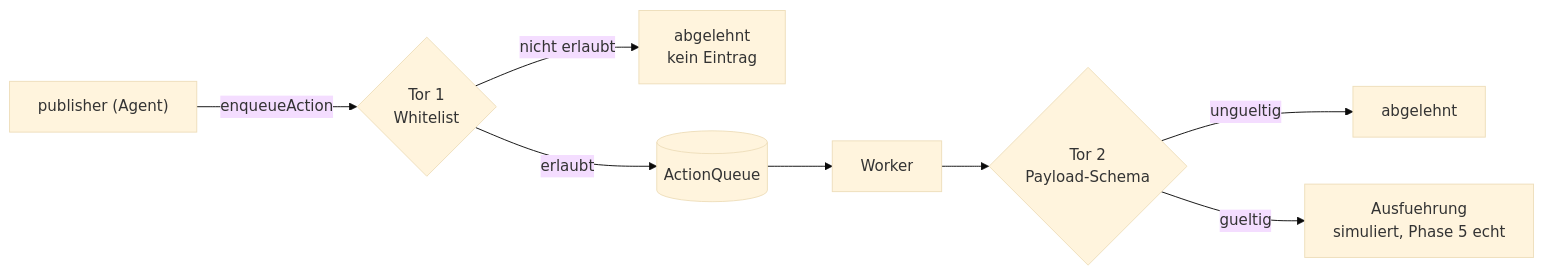
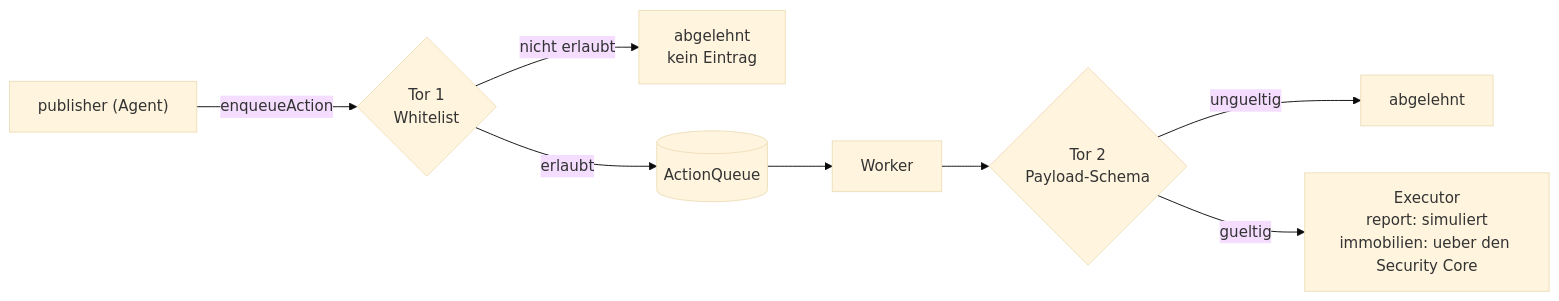
The diagram in docs/security-model.md (cakmakg/agentic-starter), drawn with Mermaid (base theme) before and after one commit. The commit also changed other lines of this file and 10 other files, not shown here.

First line of the commit message:
feat(kern): Teil 4c — PUBLISH_LISTING über die Queue an den Security Core

````diff
--- a/docs/security-model.md
+++ b/docs/security-model.md
@@ -109,10 +109,10 @@
 ```mermaid
 flowchart LR
   AG["publisher (Agent)"] -->|enqueueAction| T1{"Tor 1<br/>Whitelist"}
   T1 -->|"nicht erlaubt"| RJ1["abgelehnt<br/>kein Eintrag"]
   T1 -->|erlaubt| Q[("ActionQueue")]
   Q --> WK["Worker"]
   WK --> T2{"Tor 2<br/>Payload-Schema"}
   T2 -->|ungueltig| RJ2["abgelehnt"]
-  T2 -->|gueltig| EX["Ausfuehrung<br/>simuliert, Phase 5 echt"]
+  T2 -->|gueltig| EX["Executor<br/>report: simuliert<br/>immobilien: ueber den Security Core"]
 ```
````
